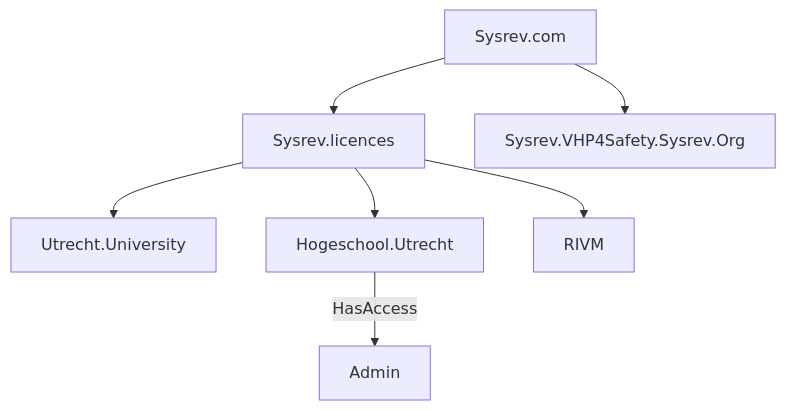
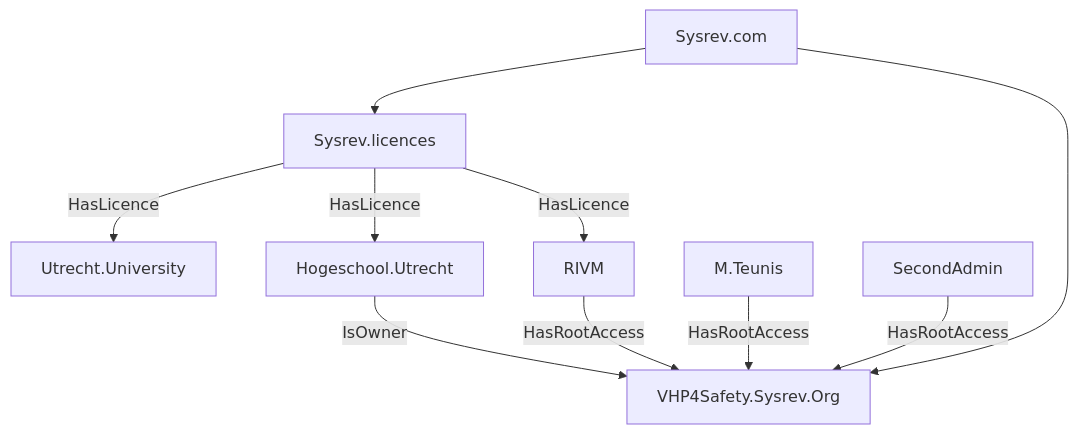
The diagram in Sysrev.md (VHP4Safety/workflows), drawn with Mermaid before and after one commit.

````diff
--- a/Sysrev.md
+++ b/Sysrev.md
@@ -1,10 +1,12 @@
 ```mermaid
 graph TD
   Sysrev.com-->Sysrev.licences
-  Sysrev.licences-->Utrecht.University
-  Sysrev.licences-->Hogeschool.Utrecht
-  Sysrev.licences-->RIVM
-  Sysrev.com-->Sysrev.VHP4Safety.Sysrev.Org
-  Hogeschool.Utrecht--HasAccess-->Admin 
-  
+  Sysrev.licences--HasLicence-->Utrecht.University
+  Sysrev.licences--HasLicence-->Hogeschool.Utrecht
+  Sysrev.licences--HasLicence-->RIVM
+  Sysrev.com-->VHP4Safety.Sysrev.Org
+  M.Teunis--HasRootAccess-->VHP4Safety.Sysrev.Org
+  SecondAdmin--HasRootAccess-->VHP4Safety.Sysrev.Org
+  RIVM--HasRootAccess-->VHP4Safety.Sysrev.Org
+  Hogeschool.Utrecht--IsOwner-->VHP4Safety.Sysrev.Org
 ```
````
